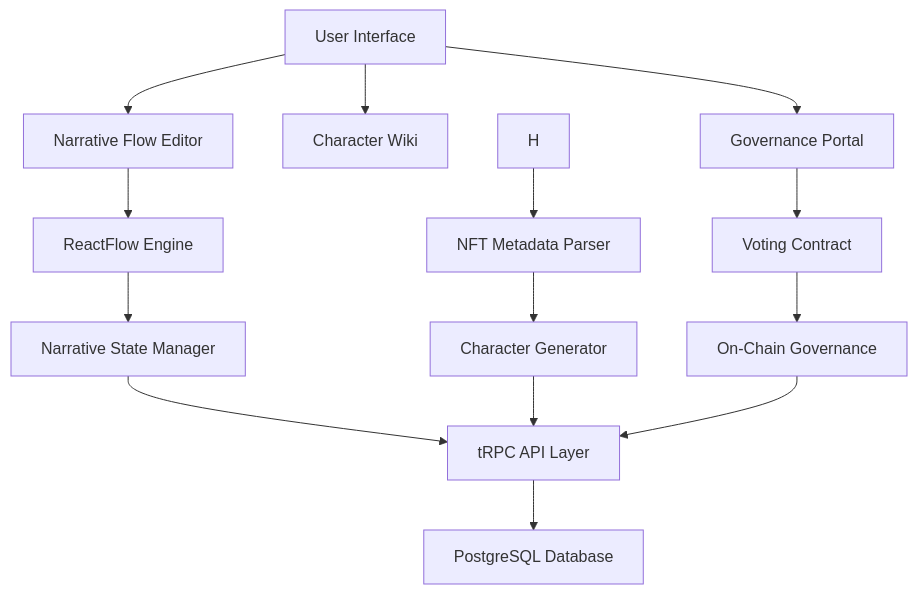
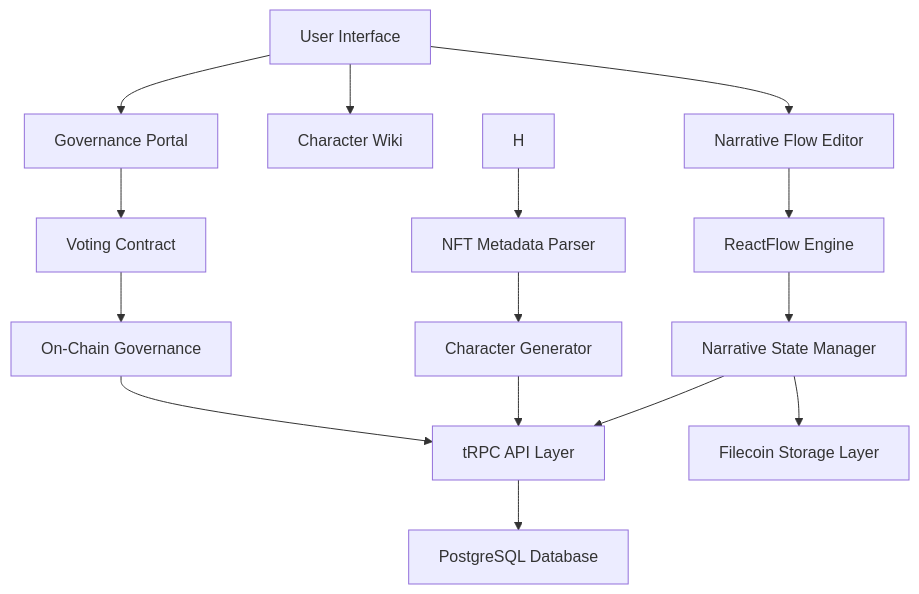
One commit to Principursa/loar-monorepo changed the diagram in README.md. Above: the diagram before and after it, drawn with Mermaid.

Commit message:
updated technical architecture

````diff
--- a/README.md
+++ b/README.md
@@ -206,21 +206,22 @@
 ```mermaid
 graph TD
     A[User Interface] --> B[Narrative Flow Editor]
     A --> C[Character Wiki]
     A --> D[Governance Portal]
     
     B --> E[ReactFlow Engine]
     E --> F[Narrative State Manager]
     F --> G[tRPC API Layer]
     
     H --> I[NFT Metadata Parser]
     I --> J[Character Generator]
     J --> G
     
     D --> K[Voting Contract]
     K --> L[On-Chain Governance]
     L --> G
     
     G --> M[PostgreSQL Database]
+    F --> P[Filecoin Storage Layer]
     
 ```
````
